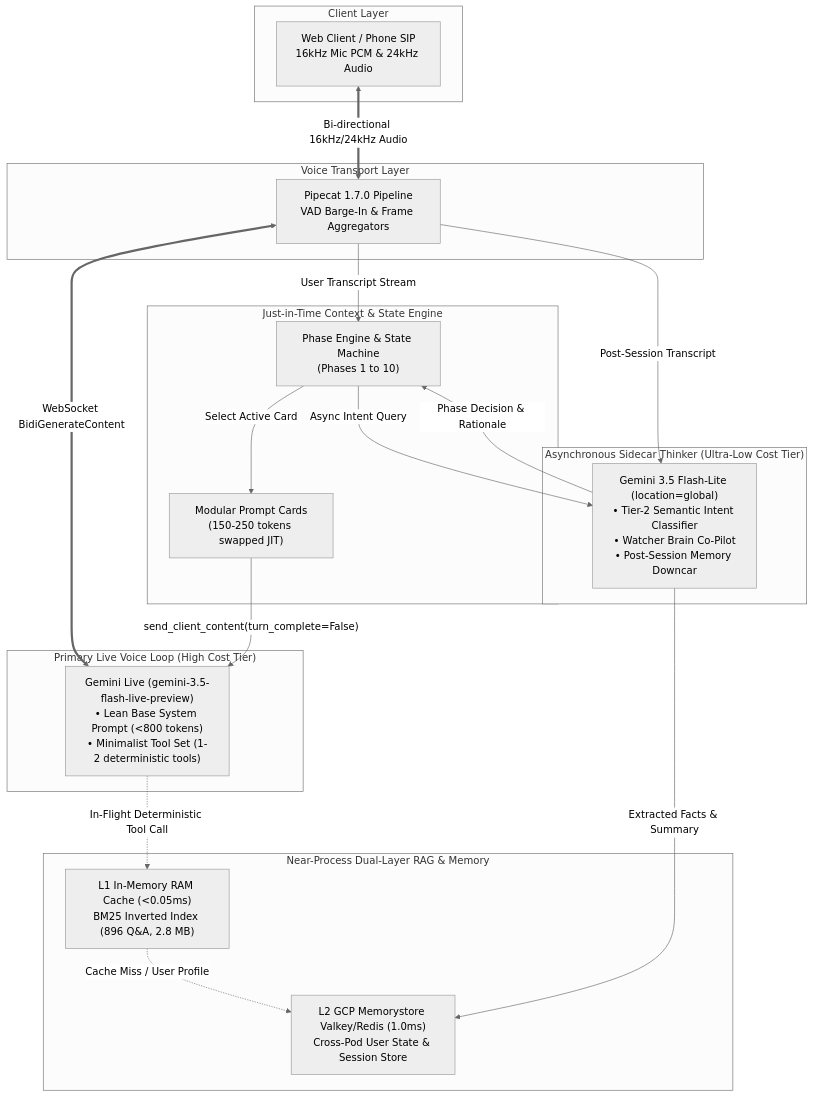
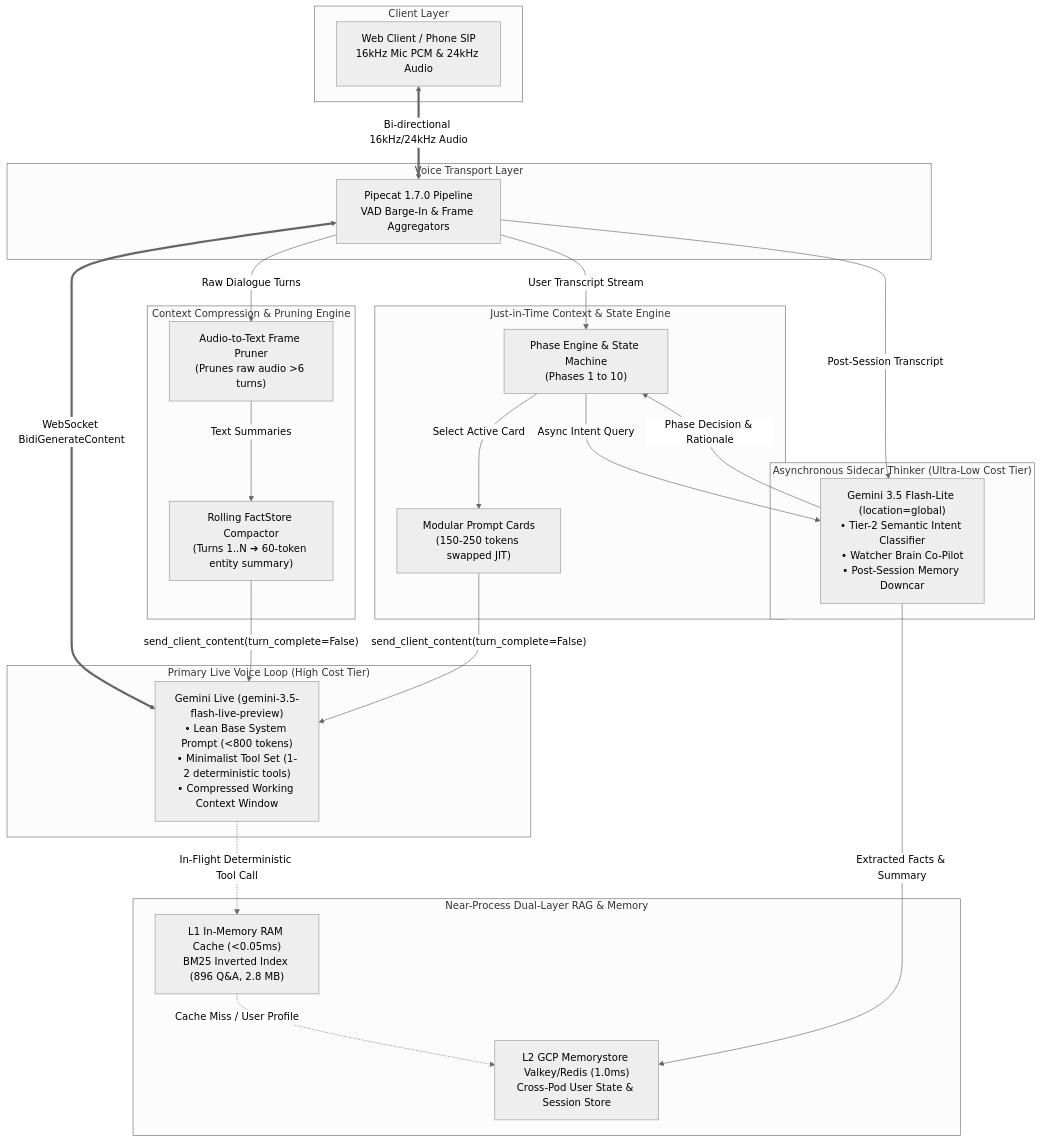
The first of 4 diagrams in docs/GEMINI_LIVE_COST_OPTIMIZATION_ARCHITECTURE.md (manishkjs/gemini_live_pipecat), drawn with Mermaid (neutral theme) before and after one commit. The commit also changed other lines of this file, not shown here.

Commit message:
docs: add Pillar 4 Context Compression & Sliding Window Compaction to cost architecture

````diff
--- a/docs/GEMINI_LIVE_COST_OPTIMIZATION_ARCHITECTURE.md
+++ b/docs/GEMINI_LIVE_COST_OPTIMIZATION_ARCHITECTURE.md
@@ -21,44 +22,53 @@
 ```mermaid
 flowchart TB
     subgraph Client["Client Layer"]
         Browser["Web Client / Phone SIP<br/>16kHz Mic PCM & 24kHz Audio"]
     end
 
     subgraph Transport["Voice Transport Layer"]
         Pipecat["Pipecat 1.7.0 Pipeline<br/>VAD Barge-In & Frame Aggregators"]
     end
 
     subgraph LiveVoice["Primary Live Voice Loop (High Cost Tier)"]
-        GeminiLive["Gemini Live (gemini-3.5-flash-live-preview)<br/>• Lean Base System Prompt (<800 tokens)<br/>• Minimalist Tool Set (1-2 deterministic tools)"]
+        GeminiLive["Gemini Live (gemini-3.5-flash-live-preview)<br/>• Lean Base System Prompt (<800 tokens)<br/>• Minimalist Tool Set (1-2 deterministic tools)<br/>• Compressed Working Context Window"]
+    end
+
+    subgraph Compression["Context Compression & Pruning Engine"]
+        AudioPruner["Audio-to-Text Frame Pruner<br/>(Prunes raw audio >6 turns)"]
+        FactCompactor["Rolling FactStore Compactor<br/>(Turns 1..N ➔ 60-token entity summary)"]
     end
 
     subgraph AsyncBrain["Asynchronous Sidecar Thinker (Ultra-Low Cost Tier)"]
         FlashLite["Gemini 3.5 Flash-Lite (location=global)<br/>• Tier-2 Semantic Intent Classifier<br/>• Watcher Brain Co-Pilot<br/>• Post-Session Memory Downcar"]
     end
 
     subgraph StateAndPrompt["Just-in-Time Context & State Engine"]
         PhaseEngine["Phase Engine & State Machine<br/>(Phases 1 to 10)"]
         PromptCards["Modular Prompt Cards<br/>(150-250 tokens swapped JIT)"]
     end
 
     subgraph Caching["Near-Process Dual-Layer RAG & Memory"]
         L1RAM["L1 In-Memory RAM Cache (<0.05ms)<br/>BM25 Inverted Index (896 Q&A, 2.8 MB)"]
         L2Redis["L2 GCP Memorystore Valkey/Redis (1.0ms)<br/>Cross-Pod User State & Session Store"]
     end
 
     Browser <== "Bi-directional 16kHz/24kHz Audio" ==> Pipecat
     Pipecat <== "WebSocket BidiGenerateContent" ==> GeminiLive
 
     GeminiLive -.->|"In-Flight Deterministic Tool Call"| L1RAM
     L1RAM -.->|"Cache Miss / User Profile"| L2Redis
 
     Pipecat -->|"User Transcript Stream"| PhaseEngine
+    Pipecat -->|"Raw Dialogue Turns"| AudioPruner
+    AudioPruner -->|"Text Summaries"| FactCompactor
+    FactCompactor -->|"send_client_content(turn_complete=False)"| GeminiLive
+
     PhaseEngine -->|"Async Intent Query"| FlashLite
     FlashLite -->|"Phase Decision & Rationale"| PhaseEngine
 
     PhaseEngine -->|"Select Active Card"| PromptCards
     PromptCards -->|"send_client_content(turn_complete=False)"| GeminiLive
 
     Pipecat -->|"Post-Session Transcript"| FlashLite
     FlashLite -->|"Extracted Facts & Summary"| L2Redis
 ```
````
